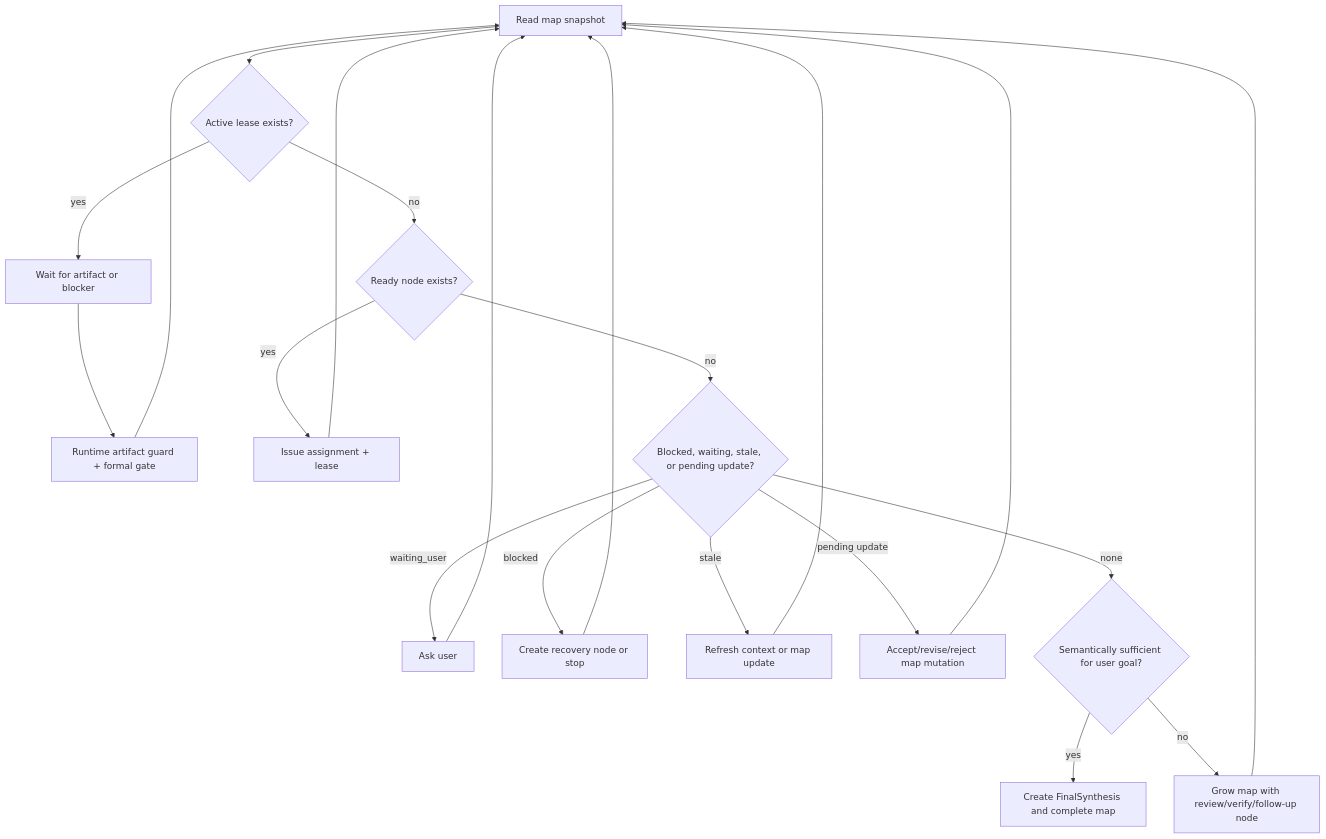
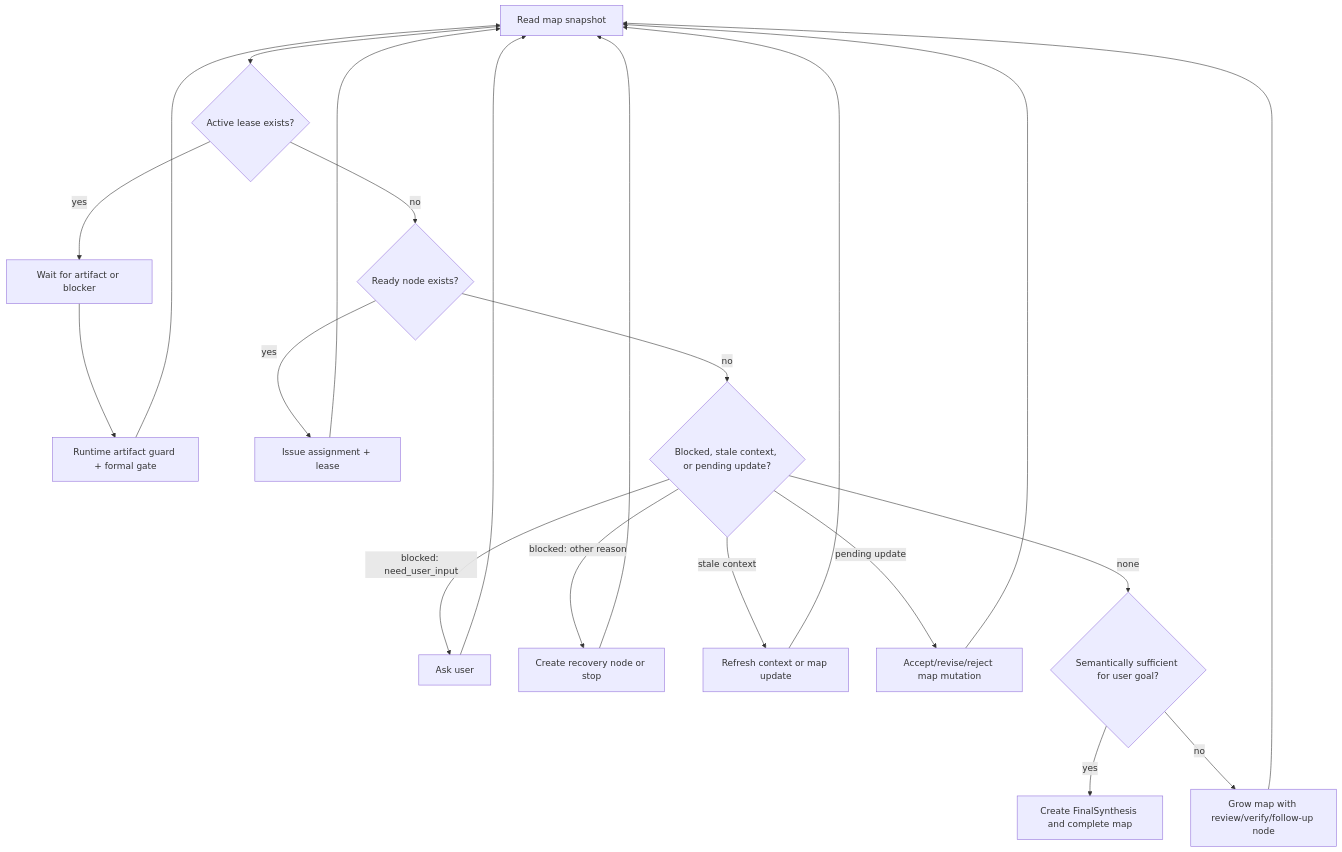
The third of 4 diagrams in docs/plans/2026-04-25-multi-agent-collaboration-architecture.md (ceasarXuu/WhaleCode), drawn with Mermaid before and after one commit. The commit also changed other lines of this file, not shown here.

Commit message:
docs: simplify map and node states

````diff
--- a/docs/plans/2026-04-25-multi-agent-collaboration-architecture.md
+++ b/docs/plans/2026-04-25-multi-agent-collaboration-architecture.md
@@ -809,26 +803,26 @@
 ```mermaid
 flowchart TD
     A["Read map snapshot"] --> B{"Active lease exists?"}
     B -->|yes| C["Wait for artifact or blocker"]
     C --> D["Runtime artifact guard + formal gate"]
     D --> A
 
     B -->|no| E{"Ready node exists?"}
     E -->|yes| F["Issue assignment + lease"]
     F --> A
 
-    E -->|no| G{"Blocked, waiting, stale, or pending update?"}
-    G -->|waiting_user| H["Ask user"]
-    G -->|blocked| I["Create recovery node or stop"]
-    G -->|stale| J["Refresh context or map update"]
+    E -->|no| G{"Blocked, stale context, or pending update?"}
+    G -->|blocked: need_user_input| H["Ask user"]
+    G -->|blocked: other reason| I["Create recovery node or stop"]
+    G -->|stale context| J["Refresh context or map update"]
     G -->|pending update| K["Accept/revise/reject map mutation"]
     H --> A
     I --> A
     J --> A
     K --> A
 
     G -->|none| L{"Semantically sufficient for user goal?"}
     L -->|yes| M["Create FinalSynthesis and complete map"]
     L -->|no| N["Grow map with review/verify/follow-up node"]
     N --> A
 ```
````
